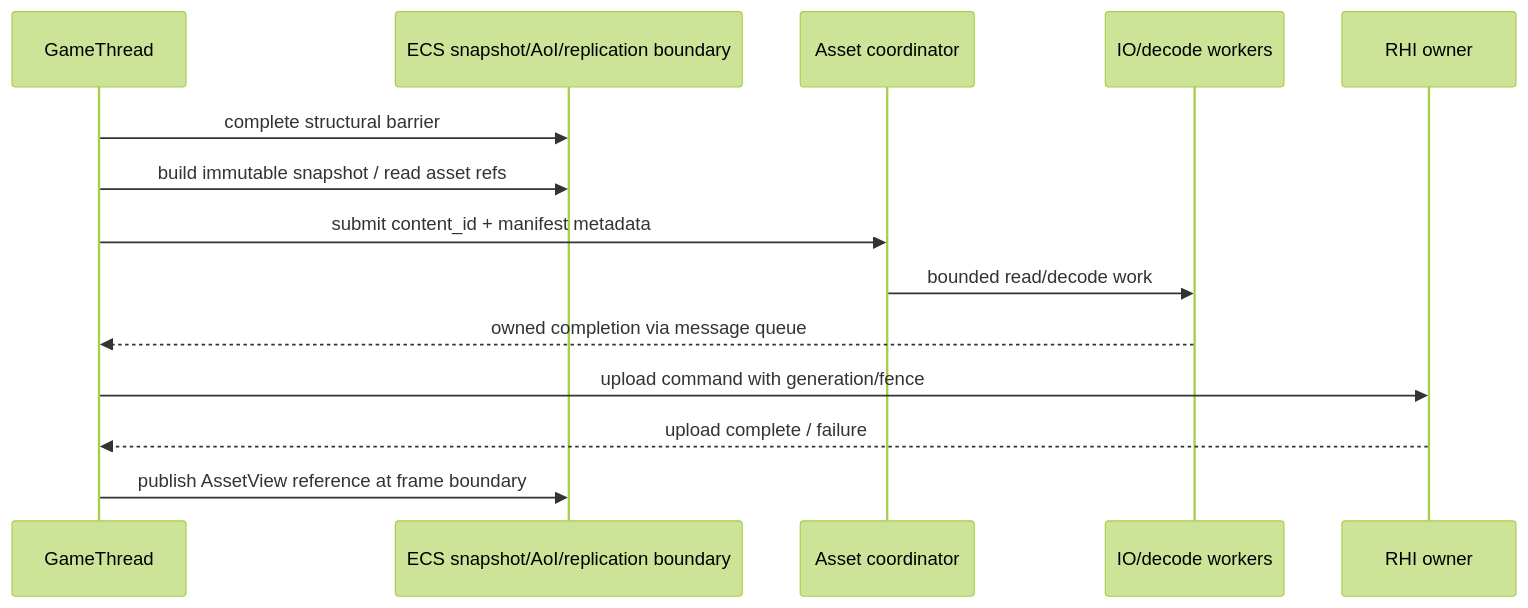
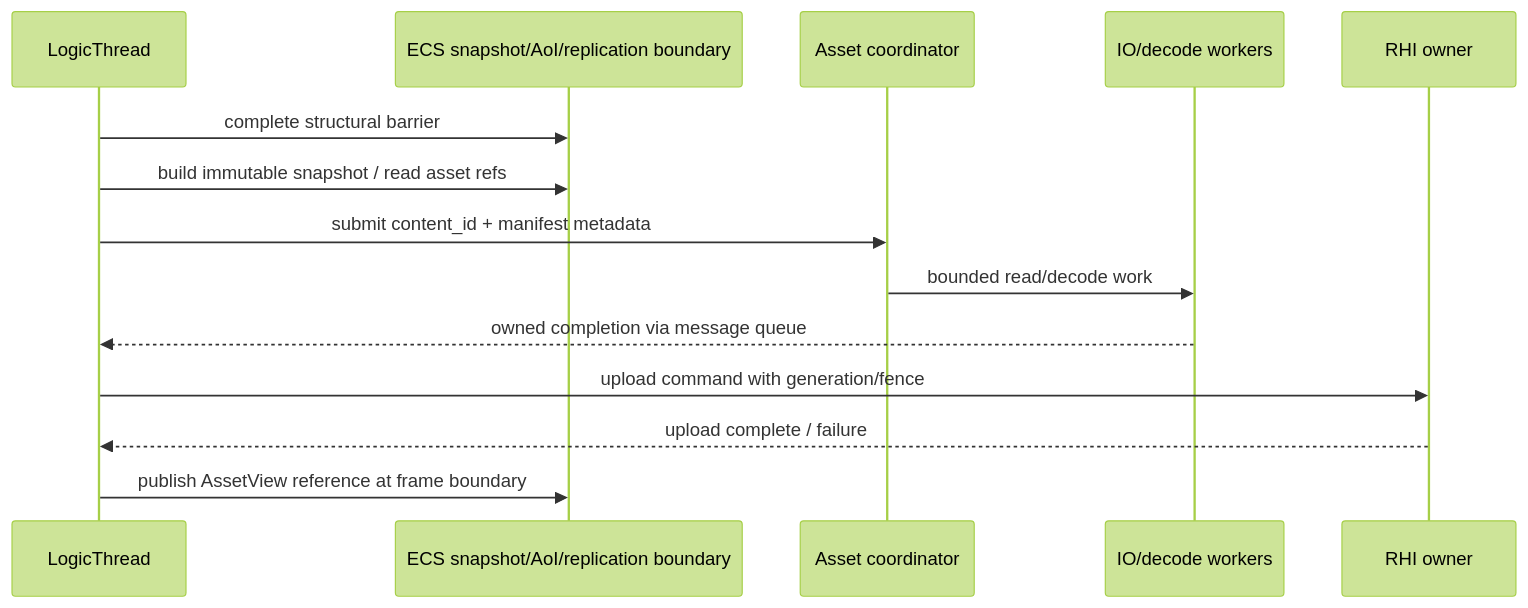
Before and after one commit to konyka/break: the second of 2 diagrams in docs/design/runtime_asset_streaming.md, drawn with Mermaid (forest theme). The commit also changed other lines of this file and 95 other files, not shown here.

````diff
--- a/docs/design/runtime_asset_streaming.md
+++ b/docs/design/runtime_asset_streaming.md
@@ -215,16 +215,16 @@
 ```mermaid
 sequenceDiagram
-    participant G as GameThread
+    participant G as LogicThread
     participant E as ECS snapshot/AoI/replication boundary
     participant A as Asset coordinator
     participant I as IO/decode workers
     participant R as RHI owner
     G->>E: complete structural barrier
     G->>E: build immutable snapshot / read asset refs
     G->>A: submit content_id + manifest metadata
     A->>I: bounded read/decode work
     I-->>G: owned completion via message queue
     G->>R: upload command with generation/fence
     R-->>G: upload complete / failure
     G->>E: publish AssetView reference at frame boundary
 ```
````
